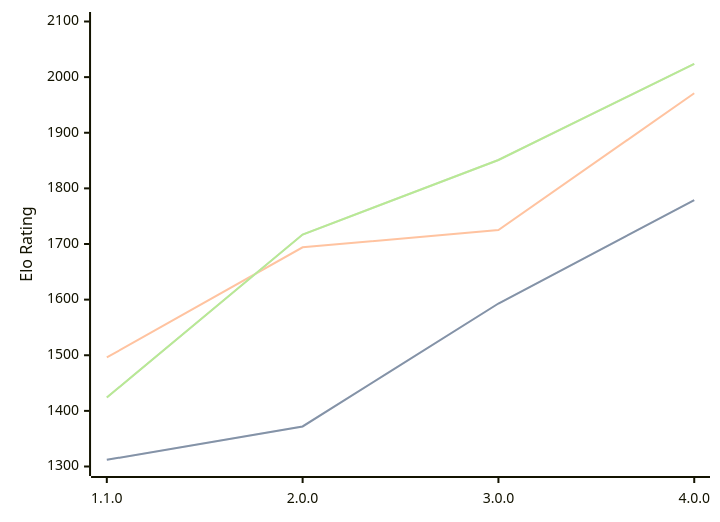
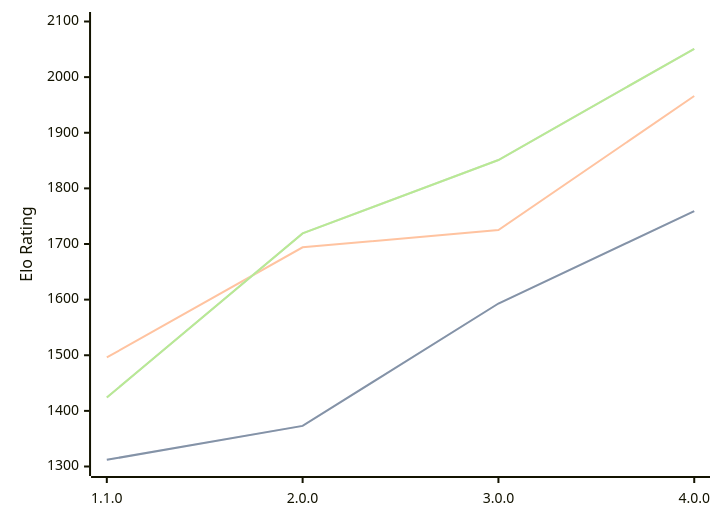
The diagram in engines/Laura.md (computer-chess-index/cci), drawn with Mermaid before and after one commit. The commit also changed other lines of this file, not shown here.

Commit message:
Update CCI Ratings (ELO VLTC) - 2026-05-16

````diff
--- a/engines/Laura.md
+++ b/engines/Laura.md
@@ -35,11 +35,11 @@
 ```mermaid
 %%{init: {"theme":"base","themeVariables":{"seriesColors:['#a3a3a3','#222221','#faa371']}}}%%
 xychart-beta
   x-axis ["1.1.0", "2.0.0", "3.0.0", "4.0.0"]
   y-axis "Elo Rating" 1300 --> 2100
-  line "STC (8.0+0.08s)" [1312, 1372, 1593, 1779]
-  line "STC (8.0+0.08s)" [1312, 1372, 1593, 1779]
-  line "LTC (60.0+0.60s)" [1496, 1694, 1725, 1971]
-  line "VLTC (2m24s+1.12s)" [1424, 1717, 1851, 2024]
-  line "VLTC (2m24s+1.12s)" [1424, 1717, 1851, 2024]
+  line "STC (8.0+0.08s)" [1312, 1373, 1593, 1759]
+  line "STC (8.0+0.08s)" [1312, 1373, 1593, 1759]
+  line "LTC (60.0+0.60s)" [1496, 1694, 1725, 1966]
+  line "VLTC (2m24s+1.12s)" [1424, 1719, 1851, 2051]
+  line "VLTC (2m24s+1.12s)" [1424, 1719, 1851, 2051]
 ```
````
